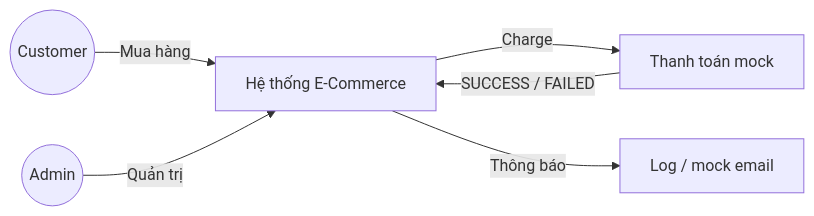
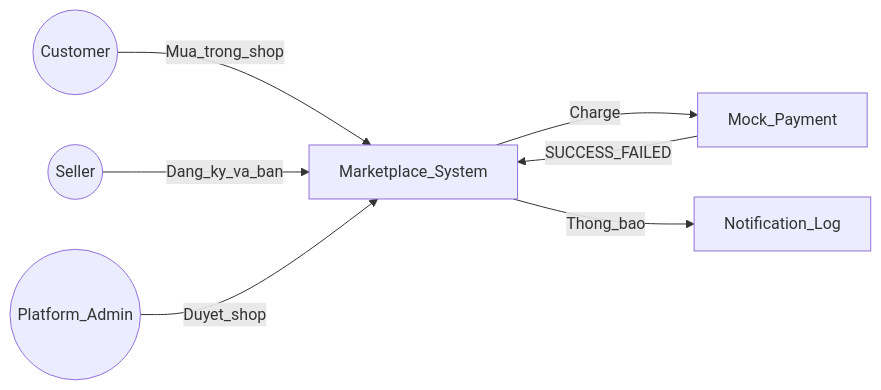
Before and after one commit to trinhvanhai1994/GTVT_ecommerce: diagram 11 of 16 in BAO-CAO-DO-AN.md, drawn with Mermaid. The commit also changed other lines of this file and 99 other files, not shown here.

````diff
--- a/BAO-CAO-DO-AN.md
+++ b/BAO-CAO-DO-AN.md
@@ -315,14 +640,16 @@
 ```mermaid
 flowchart LR
   Customer((Customer))
-  Admin((Admin))
-  System[Hệ thống E-Commerce]
-  Pay[Thanh toán mock]
-  Mail[Log / mock email]
+  Seller((Seller))
+  Admin((Platform_Admin))
+  System[Marketplace_System]
+  Pay[Mock_Payment]
+  Mail[Notification_Log]
 
-  Customer -->|Mua hàng| System
-  Admin -->|Quản trị| System
+  Customer -->|Mua_trong_shop| System
+  Seller -->|Dang_ky_va_ban| System
+  Admin -->|Duyet_shop| System
   System -->|Charge| Pay
-  Pay -->|SUCCESS / FAILED| System
-  System -->|Thông báo| Mail
+  Pay -->|SUCCESS_FAILED| System
+  System -->|Thong_bao| Mail
 ```
````
